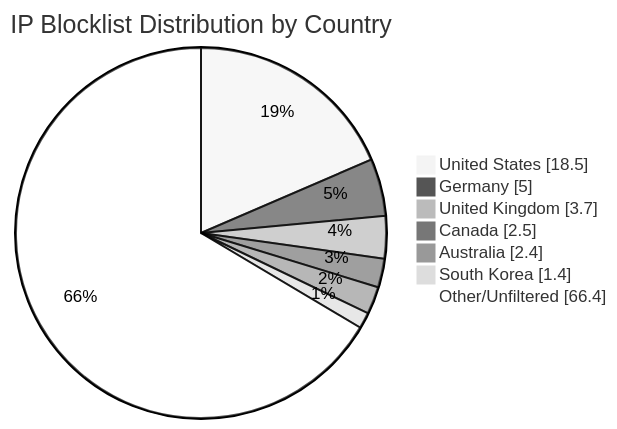
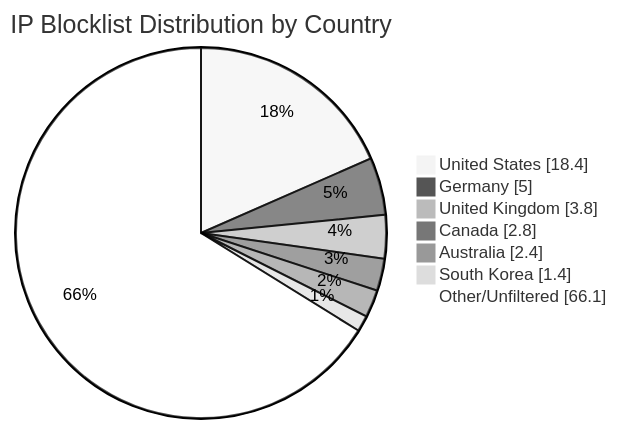
The diagram in README.md (MarcusHoltz/ipblocklist-geofiltered-aggregator), drawn with Mermaid (neutral theme) before and after one commit. The commit also changed other lines of this file and 9 other files, not shown here.

````diff
--- a/README.md
+++ b/README.md
@@ -34,10 +34,10 @@
 ```mermaid
 pie showData title IP Blocklist Distribution by Country
-"United States" : 18.5
+"United States" : 18.4
 "Germany" : 5.0
-"United Kingdom" : 3.7
-"Canada" : 2.5
+"United Kingdom" : 3.8
+"Canada" : 2.8
 "Australia" : 2.4
 "South Korea" : 1.4
-"Other/Unfiltered" : 66.4
+"Other/Unfiltered" : 66.1
 ```
````
